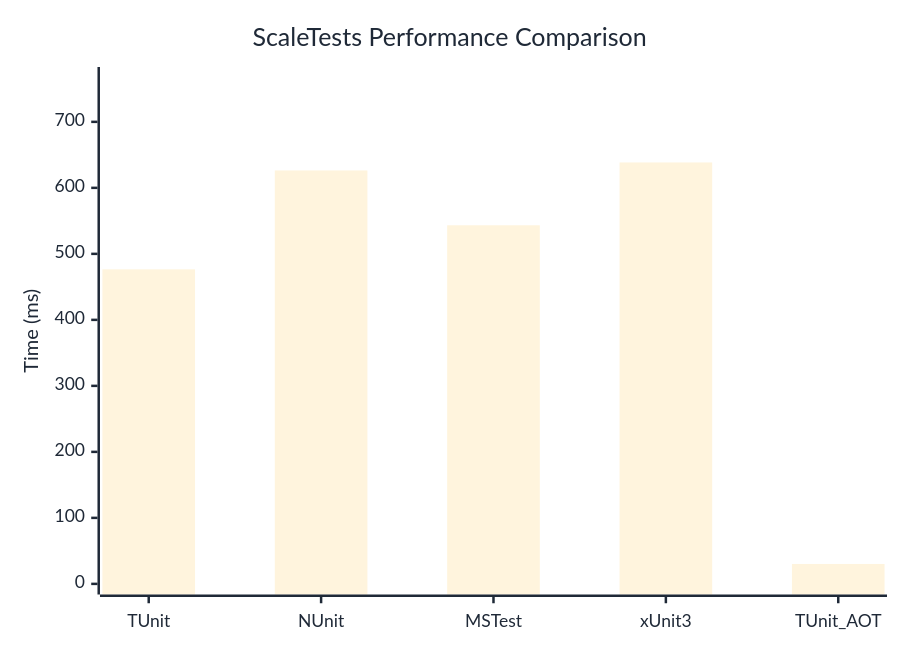
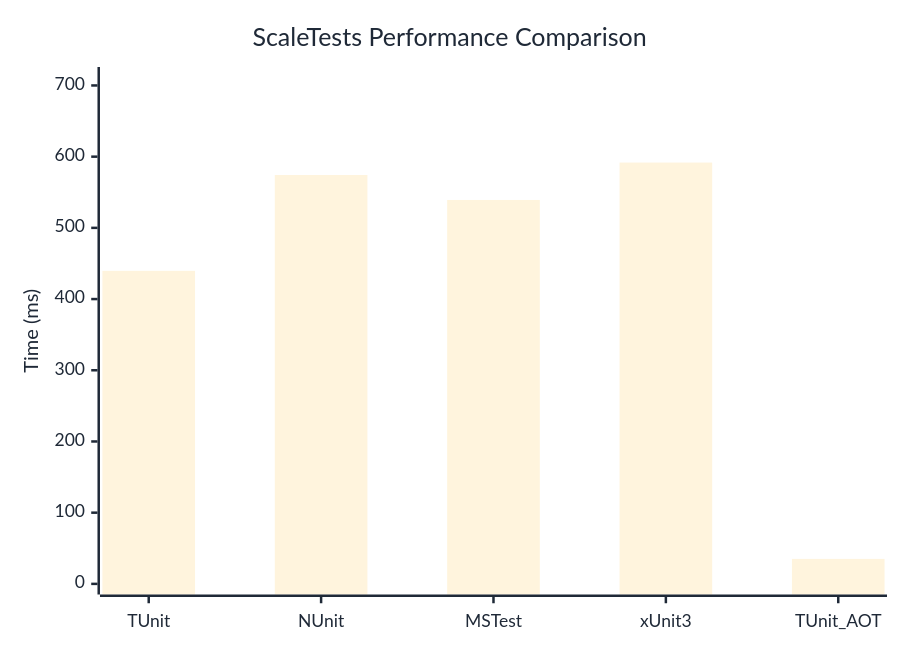
The diagram in docs/docs/benchmarks/ScaleTests.md (thomhurst/TUnit), drawn with Mermaid before and after one commit. The commit also changed other lines of this file and 17 other files, not shown here.

````diff
--- a/docs/docs/benchmarks/ScaleTests.md
+++ b/docs/docs/benchmarks/ScaleTests.md
@@ -27,37 +27,37 @@
 ```mermaid
 %%{init: {
   'theme':'base',
   'themeVariables': {
     'primaryColor': '#2563eb',
     'primaryTextColor': '#1f2937',
     'primaryBorderColor': '#1e40af',
     'lineColor': '#6b7280',
     'secondaryColor': '#7c3aed',
     'tertiaryColor': '#dc2626',
     'background': '#ffffff',
     'mainBkg': '#2563eb',
     'secondBkg': '#7c3aed',
     'tertiaryBkg': '#dc2626',
     'clusterBkg': '#f3f4f6',
     'edgeLabelBackground': '#ffffff',
     'tertiaryTextColor': '#1f2937',
     'pie1': '#2563eb',
     'pie2': '#7c3aed',
     'pie3': '#dc2626',
     'pie4': '#f59e0b',
     'pie5': '#10b981',
     'pie6': '#06b6d4',
     'pie7': '#ec4899',
     'pie8': '#6366f1',
     'pie9': '#84cc16',
     'pie10': '#f97316',
     'pie11': '#14b8a6',
     'pie12': '#a855f7'
   }
 }}%%
 xychart-beta
   title "ScaleTests Performance Comparison"
   x-axis ["TUnit", "NUnit", "MSTest", "xUnit3", "TUnit_AOT"]
-  y-axis "Time (ms)" 0 --> 767
-  bar [476.54, 626.36, 543.29, 638.49, 30.16]
+  y-axis "Time (ms)" 0 --> 711
+  bar [439.62, 574.26, 539.18, 591.71, 35.09]
 ```
````
